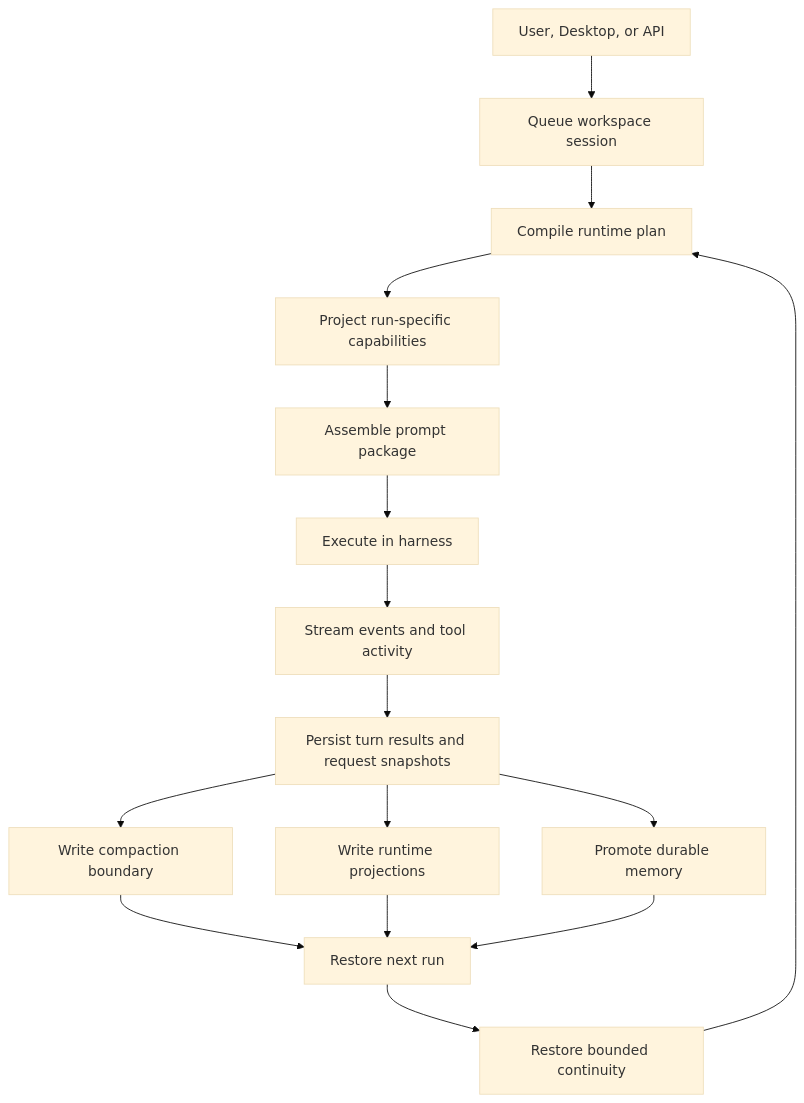
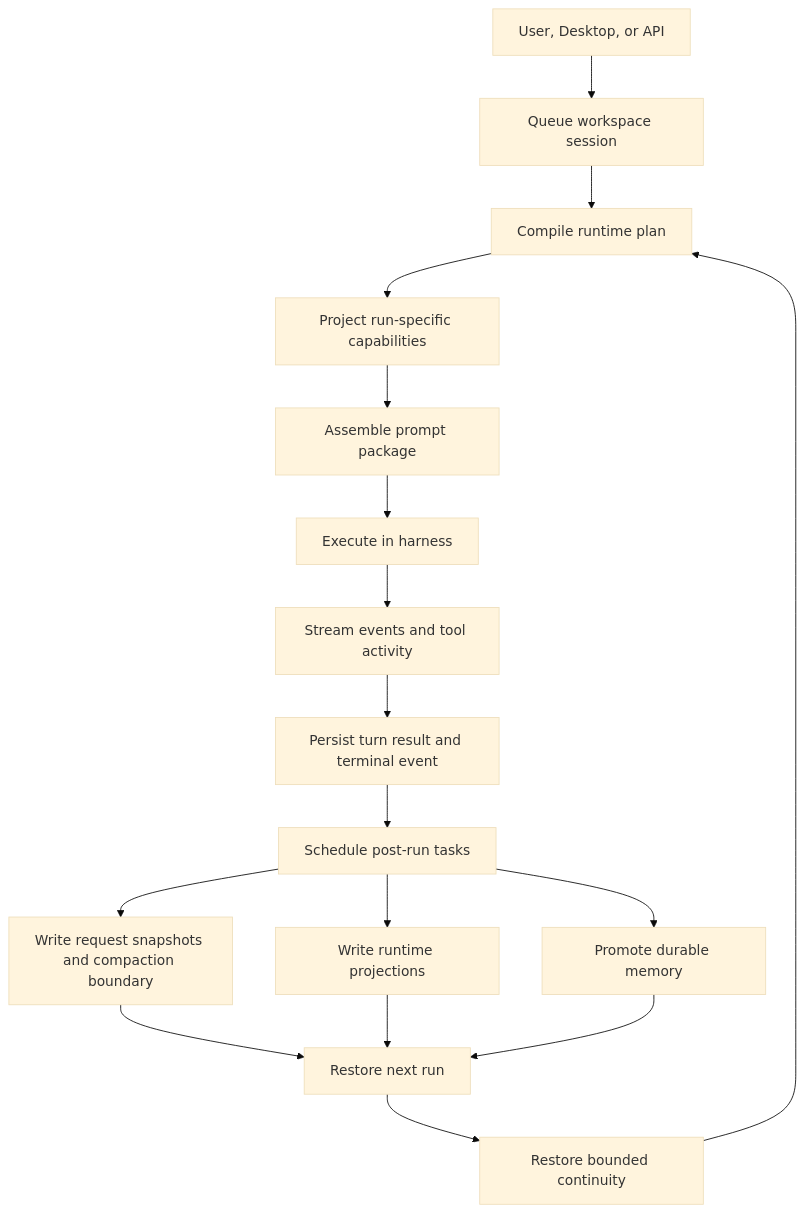
Before and after one commit to holaboss-ai/hola-boss-oss: the diagram in README.md, drawn with Mermaid (base theme). The commit also changed other lines of this file, not shown here.

Commit message:
docs: clarify deferred post-run continuity work
- update the architecture lifecycle to show terminal completion happens before follow-up continuity work
- document deferred post-run tasks as the place where request snapshots, compaction boundaries, runtime projections, and durable memory are written
- update the lifecycle diagram to reflect the non-blocking post-run phase

````diff
--- a/README.md
+++ b/README.md
@@ -171,18 +174,19 @@
 ```mermaid
 graph TD;
     A["User, Desktop, or API"] --> B["Queue workspace session"];
     B --> C["Compile runtime plan"];
     C --> D["Project run-specific capabilities"];
     D --> E["Assemble prompt package"];
     E --> F["Execute in harness"];
     F --> G["Stream events and tool activity"];
-    G --> H["Persist turn results and request snapshots"];
-    H --> I["Write compaction boundary"];
-    H --> J["Write runtime projections"];
-    H --> K["Promote durable memory"];
-    I --> L["Restore next run"];
-    J --> L;
-    K --> L;
-    L --> M["Restore bounded continuity"];
-    M --> C;
+    G --> H["Persist turn result and terminal event"];
+    H --> I["Schedule post-run tasks"];
+    I --> J["Write request snapshots and compaction boundary"];
+    I --> K["Write runtime projections"];
+    I --> L["Promote durable memory"];
+    J --> M["Restore next run"];
+    K --> M;
+    L --> M;
+    M --> N["Restore bounded continuity"];
+    N --> C;
 ```
````
